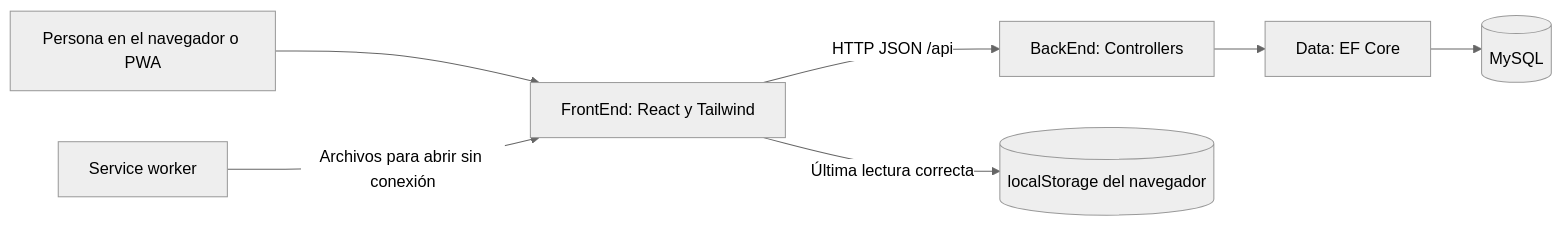
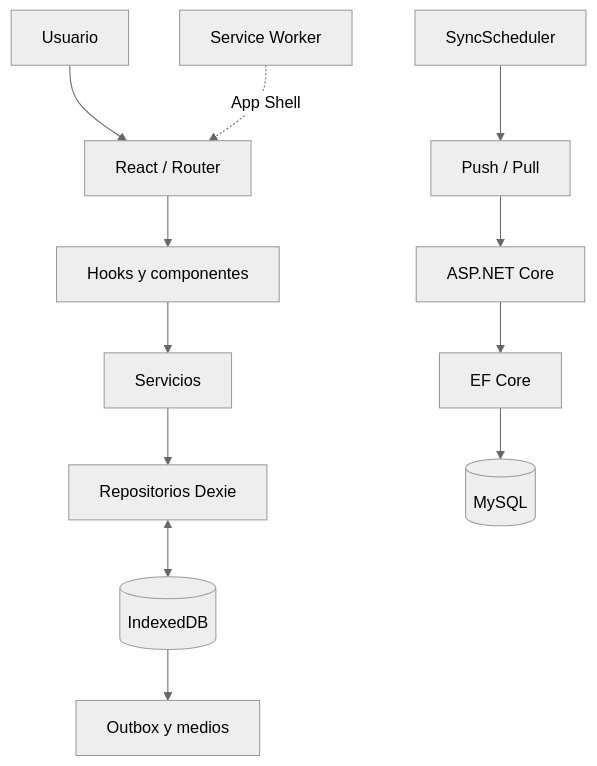
Before and after one commit to CJ-REYES/FarmBovi: the diagram in docs/02-arquitectura.md, drawn with Mermaid (neutral theme). The commit also changed other lines of this file and 21 other files, not shown here.

````diff
--- a/docs/02-arquitectura.md
+++ b/docs/02-arquitectura.md
@@ -5,9 +5,14 @@
 ```mermaid
-flowchart LR
-    Persona[Persona en el navegador o PWA] --> React[FrontEnd: React y Tailwind]
-    React -->|HTTP JSON /api| API[BackEnd: Controllers]
-    API --> EF[Data: EF Core]
-    EF --> MySQL[(MySQL)]
-    React -->|Última lectura correcta| Local[(localStorage del navegador)]
-    Worker[Service worker] -->|Archivos para abrir sin conexión| React
+flowchart TB
+ U[Usuario] --> UI[React / Router]
+ UI --> H[Hooks y componentes]
+ H --> S[Servicios]
+ S --> R[Repositorios Dexie]
+ R <--> IDB[(IndexedDB)]
+ IDB --> O[Outbox y medios]
+ SCH[SyncScheduler] --> SY[Push / Pull]
+ SY --> API[ASP.NET Core]
+ API --> EF[EF Core]
+ EF --> DB[(MySQL)]
+ SW[Service Worker] -. App Shell .-> UI
 ```
````
